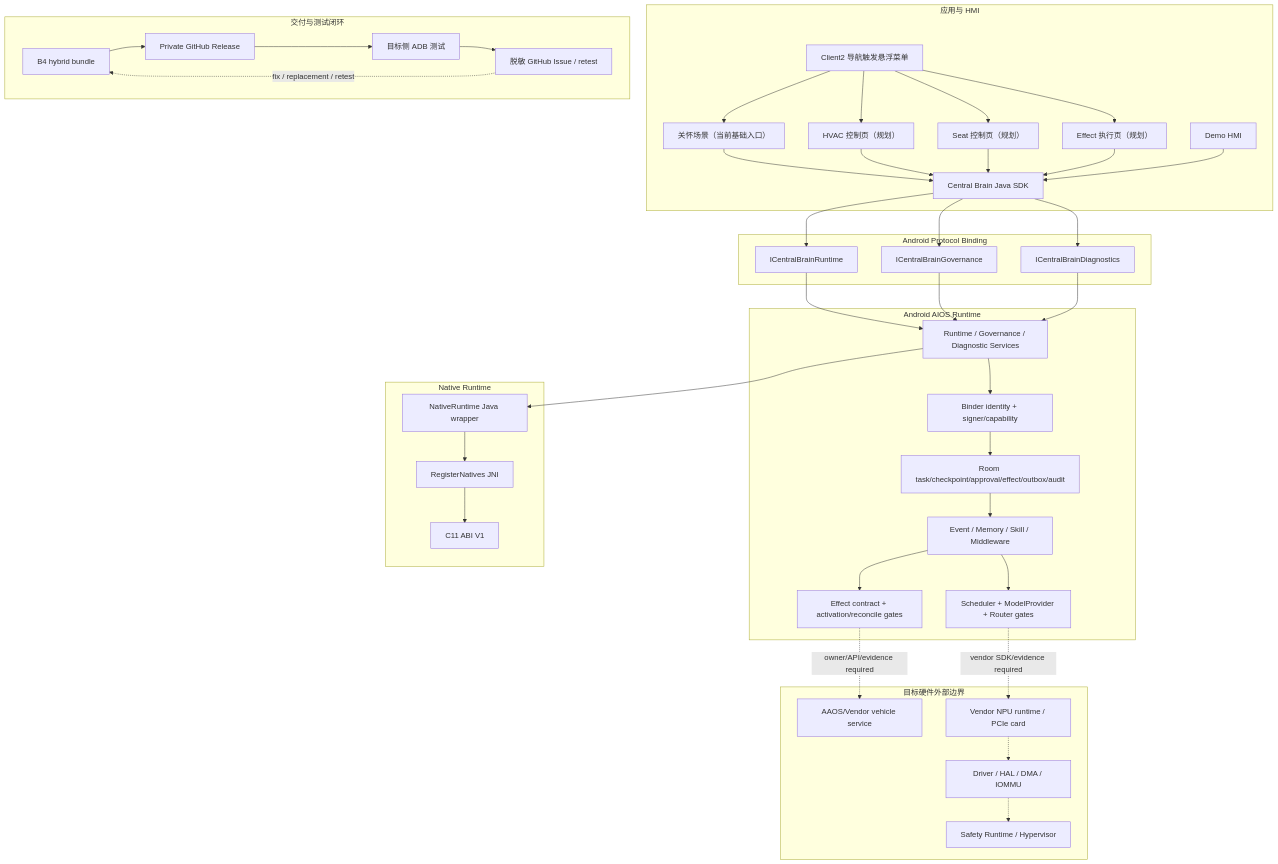
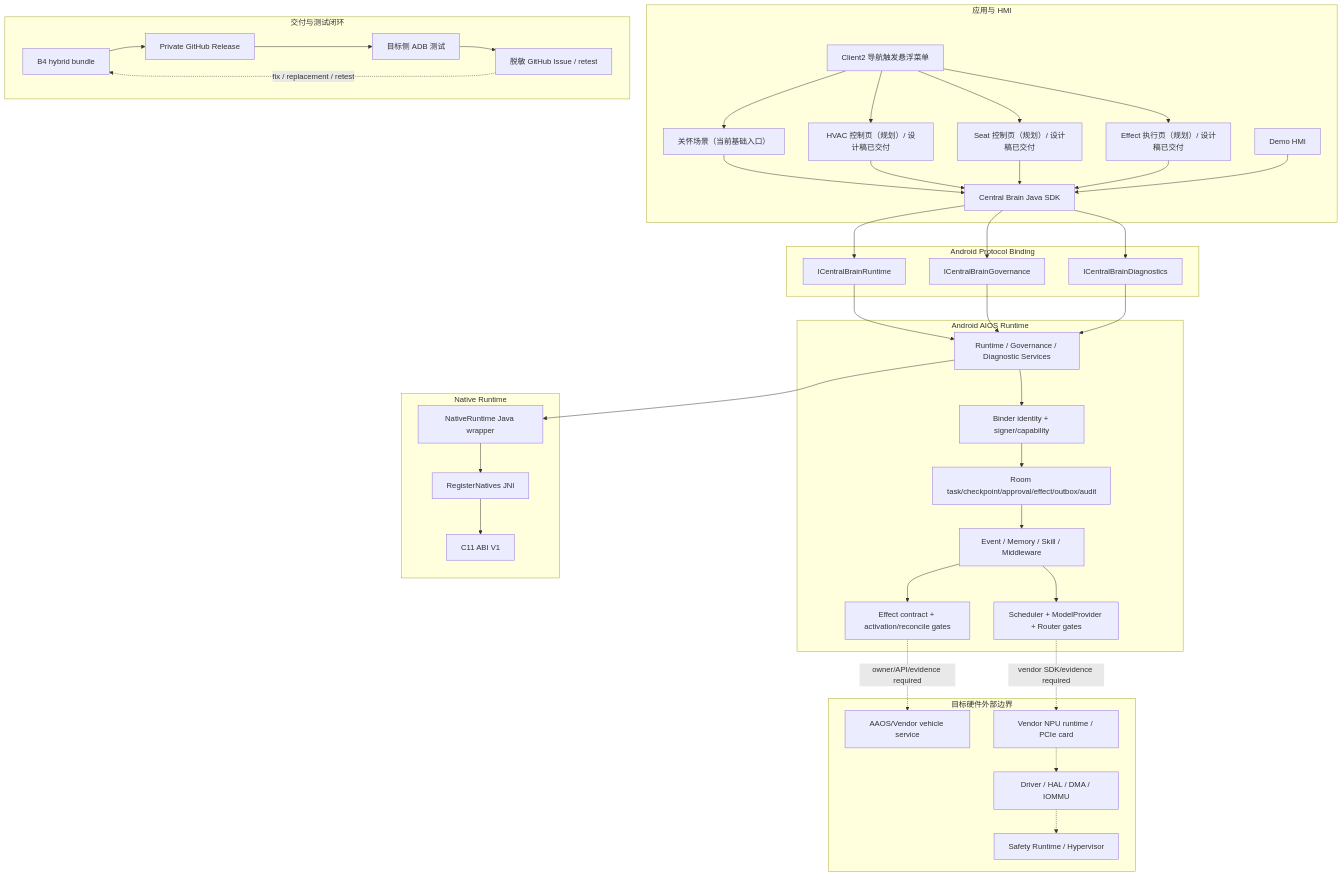
One commit to LucasWEIchen/CougarOS changed the diagram in README.md. Above: the diagram before and after it, drawn with Mermaid. The commit also changed other lines of this file and 19 other files, not shown here.

````diff
--- a/README.md
+++ b/README.md
@@ -86,73 +88,73 @@
 ```mermaid
 flowchart TB
   subgraph App["应用与 HMI"]
     Client2["Client2 导航触发悬浮菜单"]
     Care["关怀场景（当前基础入口）"]
-    ClimateUi["HVAC 控制页（规划）"]
-    SeatUi["Seat 控制页（规划）"]
-    ExecutionUi["Effect 执行页（规划）"]
+    ClimateUi["HVAC 控制页（规划）/ 设计稿已交付"]
+    SeatUi["Seat 控制页（规划）/ 设计稿已交付"]
+    ExecutionUi["Effect 执行页（规划）/ 设计稿已交付"]
     Demo["Demo HMI"]
     Sdk["Central Brain Java SDK"]
   end
 
   subgraph Binder["Android Protocol Binding"]
     RuntimeApi["ICentralBrainRuntime"]
     GovApi["ICentralBrainGovernance"]
     DiagApi["ICentralBrainDiagnostics"]
   end
 
   subgraph Runtime["Android AIOS Runtime"]
     Services["Runtime / Governance / Diagnostic Services"]
     Identity["Binder identity + signer/capability"]
     Durable["Room task/checkpoint/approval/effect/outbox/audit"]
     Domains["Event / Memory / Skill / Middleware"]
     Model["Scheduler + ModelProvider + Router gates"]
     Effect["Effect contract + activation/reconcile gates"]
   end
 
   subgraph Native["Native Runtime"]
     JavaBridge["NativeRuntime Java wrapper"]
     Jni["RegisterNatives JNI"]
     CAbi["C11 ABI V1"]
   end
 
   subgraph Target["目标硬件外部边界"]
     Vehicle["AAOS/Vendor vehicle service"]
     VendorNpu["Vendor NPU runtime / PCIe card"]
     Driver["Driver / HAL / DMA / IOMMU"]
     Safety["Safety Runtime / Hypervisor"]
   end
 
   subgraph Delivery["交付与测试闭环"]
     Bundle["B4 hybrid bundle"]
     Release["Private GitHub Release"]
     Tester["目标侧 ADB 测试"]
     Issue["脱敏 GitHub Issue / retest"]
   end
 
   Client2 --> Care
   Client2 --> ClimateUi
   Client2 --> SeatUi
   Client2 --> ExecutionUi
   Care --> Sdk
   ClimateUi --> Sdk
   SeatUi --> Sdk
   ExecutionUi --> Sdk
   Demo --> Sdk
   Sdk --> RuntimeApi
   Sdk --> GovApi
   Sdk --> DiagApi
   RuntimeApi --> Services
   GovApi --> Services
   DiagApi --> Services
   Services --> Identity --> Durable
   Durable --> Domains
   Domains --> Model
   Domains --> Effect
   Services --> JavaBridge --> Jni --> CAbi
   Effect -. "owner/API/evidence required" .-> Vehicle
   Model -. "vendor SDK/evidence required" .-> VendorNpu
   VendorNpu -.-> Driver -.-> Safety
   Bundle --> Release --> Tester --> Issue
   Issue -. "fix / replacement / retest" .-> Bundle
 ```
````
